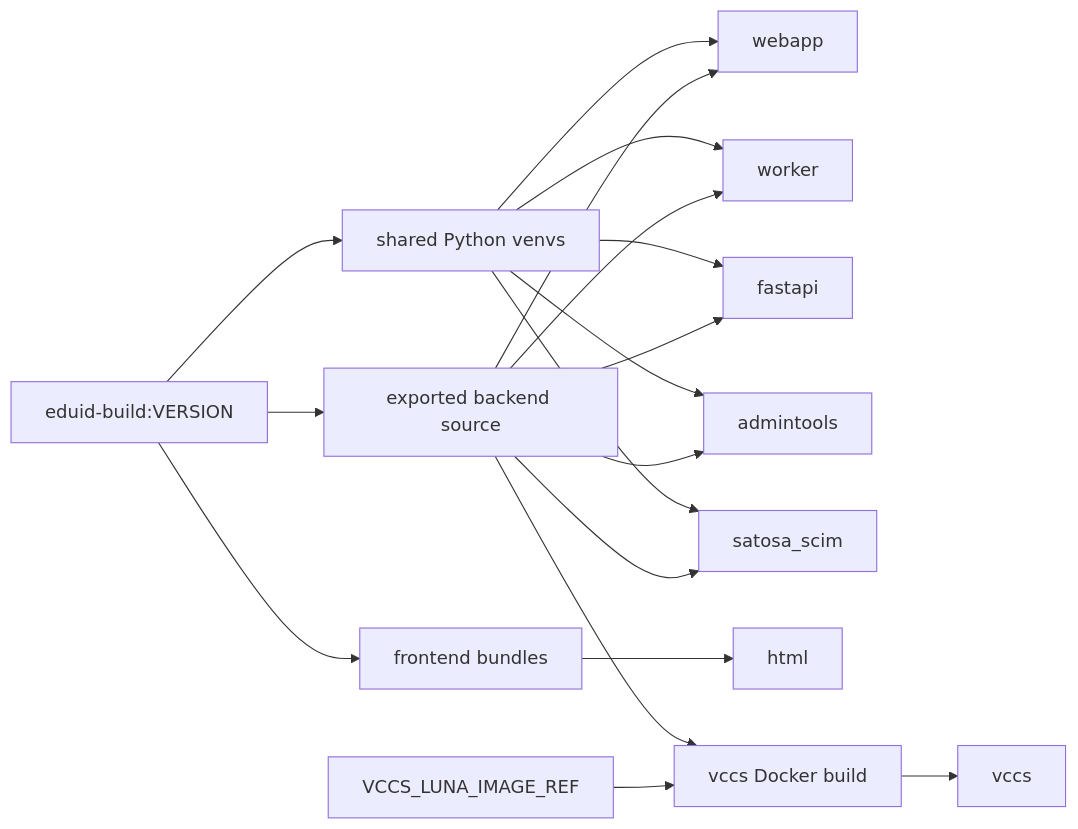
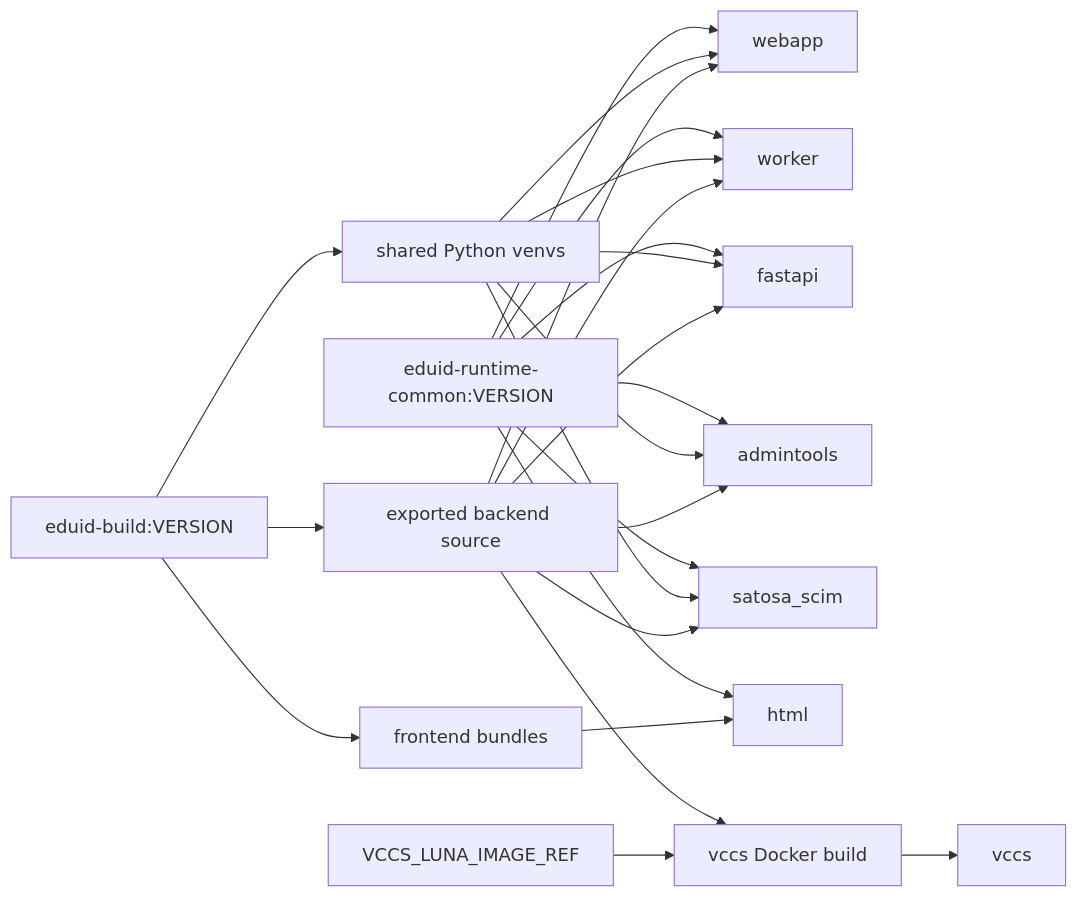
The diagram in docs/architecture/artifact-flow.md (SUNET/eduid-releng), drawn with Mermaid before and after one commit. The commit also changed other lines of this file and 5 other files, not shown here.

Commit message:
docs(runtime): align docs with runtime_common flow

````diff
--- a/docs/architecture/artifact-flow.md
+++ b/docs/architecture/artifact-flow.md
@@ -16,20 +16,26 @@
 ```mermaid
 flowchart LR
 	A[eduid-build:VERSION] --> B[shared Python venvs]
 	A --> C[frontend bundles]
 	A --> D[exported backend source]
+	R[eduid-runtime-common:VERSION] --> E[webapp]
+	R --> F[worker]
+	R --> G[fastapi]
+	R --> H[admintools]
+	R --> I[satosa_scim]
+	R --> J[html]
 	B --> E[webapp]
 	B --> F[worker]
 	B --> G[fastapi]
 	B --> H[admintools]
 	B --> I[satosa_scim]
 	C --> J[html]
 	D --> E
 	D --> F
 	D --> G
 	D --> H
 	D --> I
 	D --> K[vccs Docker build]
 	L[VCCS_LUNA_IMAGE_REF] --> K
 	K --> M[vccs]
 ```
````
